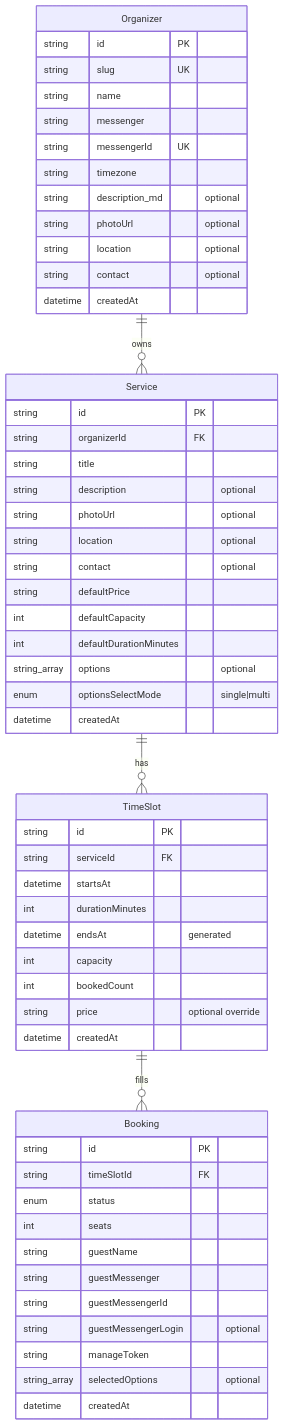
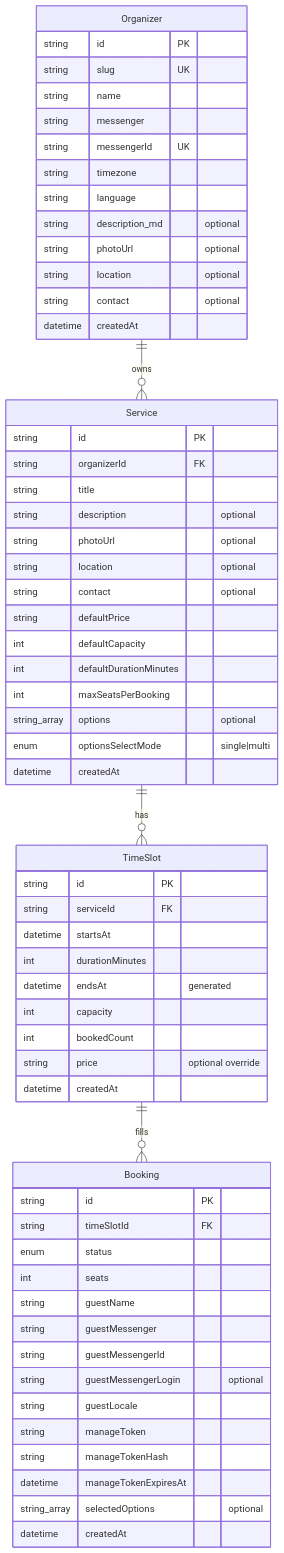
The diagram in docs/domain.md (RM66/count-me-in), drawn with Mermaid before and after one commit. The commit also changed other lines of this file and 17 other files, not shown here.

````diff
--- a/docs/domain.md
+++ b/docs/domain.md
@@ -9,59 +9,64 @@
 ```mermaid
 erDiagram
   Organizer ||--o{ Service : owns
   Service ||--o{ TimeSlot : has
   TimeSlot ||--o{ Booking : fills
 
   Organizer {
     string id PK
     string slug UK
     string name
     string messenger
     string messengerId UK
     string timezone
+    string language
     string description_md "optional"
     string photoUrl "optional"
     string location "optional"
     string contact "optional"
     datetime createdAt
   }
   Service {
     string id PK
     string organizerId FK
     string title
     string description "optional"
     string photoUrl "optional"
     string location "optional"
     string contact "optional"
     string defaultPrice
     int defaultCapacity
     int defaultDurationMinutes
+    int maxSeatsPerBooking
     string_array options "optional"
     enum optionsSelectMode "single|multi"
     datetime createdAt
   }
   TimeSlot {
     string id PK
     string serviceId FK
     datetime startsAt
     int durationMinutes
     datetime endsAt "generated"
     int capacity
     int bookedCount
     string price "optional override"
     datetime createdAt
   }
   Booking {
     string id PK
     string timeSlotId FK
     enum status
     int seats
     string guestName
     string guestMessenger
     string guestMessengerId
     string guestMessengerLogin "optional"
+    string guestLocale
     string manageToken
+    string manageTokenHash
+    datetime manageTokenExpiresAt
     string_array selectedOptions "optional"
     datetime createdAt
   }
 ```
````
